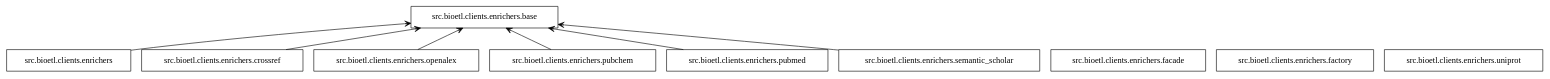
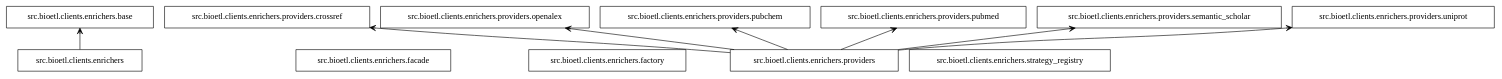
The diagram in diagrams/dot/enrichers/bioetl_clients_enrichers.packages.clean.dot (SatoryKono/bioactivity_data_acquisition), drawn with Graphviz before and after one commit. The commit also changed 96 other files, not shown here.

```diff
--- a/diagrams/dot/enrichers/bioetl_clients_enrichers.packages.clean.dot
+++ b/diagrams/dot/enrichers/bioetl_clients_enrichers.packages.clean.dot
@@ -1,20 +1,23 @@
 digraph "packages_bioetl_clients_enrichers" {
 rankdir=BT
 charset="utf-8"
 "src.bioetl.clients.enrichers" [color="black", label=<src.bioetl.clients.enrichers>, shape="box", style="solid"];
 "src.bioetl.clients.enrichers.base" [color="black", label=<src.bioetl.clients.enrichers.base>, shape="box", style="solid"];
-"src.bioetl.clients.enrichers.crossref" [color="black", label=<src.bioetl.clients.enrichers.crossref>, shape="box", style="solid"];
 "src.bioetl.clients.enrichers.facade" [color="black", label=<src.bioetl.clients.enrichers.facade>, shape="box", style="solid"];
 "src.bioetl.clients.enrichers.factory" [color="black", label=<src.bioetl.clients.enrichers.factory>, shape="box", style="solid"];
-"src.bioetl.clients.enrichers.openalex" [color="black", label=<src.bioetl.clients.enrichers.openalex>, shape="box", style="solid"];
-"src.bioetl.clients.enrichers.pubchem" [color="black", label=<src.bioetl.clients.enrichers.pubchem>, shape="box", style="solid"];
-"src.bioetl.clients.enrichers.pubmed" [color="black", label=<src.bioetl.clients.enrichers.pubmed>, shape="box", style="solid"];
-"src.bioetl.clients.enrichers.semantic_scholar" [color="black", label=<src.bioetl.clients.enrichers.semantic_scholar>, shape="box", style="solid"];
-"src.bioetl.clients.enrichers.uniprot" [color="black", label=<src.bioetl.clients.enrichers.uniprot>, shape="box", style="solid"];
+"src.bioetl.clients.enrichers.providers" [color="black", label=<src.bioetl.clients.enrichers.providers>, shape="box", style="solid"];
+"src.bioetl.clients.enrichers.providers.crossref" [color="black", label=<src.bioetl.clients.enrichers.providers.crossref>, shape="box", style="solid"];
+"src.bioetl.clients.enrichers.providers.openalex" [color="black", label=<src.bioetl.clients.enrichers.providers.openalex>, shape="box", style="solid"];
+"src.bioetl.clients.enrichers.providers.pubchem" [color="black", label=<src.bioetl.clients.enrichers.providers.pubchem>, shape="box", style="solid"];
+"src.bioetl.clients.enrichers.providers.pubmed" [color="black", label=<src.bioetl.clients.enrichers.providers.pubmed>, shape="box", style="solid"];
+"src.bioetl.clients.enrichers.providers.semantic_scholar" [color="black", label=<src.bioetl.clients.enrichers.providers.semantic_scholar>, shape="box", style="solid"];
+"src.bioetl.clients.enrichers.providers.uniprot" [color="black", label=<src.bioetl.clients.enrichers.providers.uniprot>, shape="box", style="solid"];
+"src.bioetl.clients.enrichers.strategy_registry" [color="black", label=<src.bioetl.clients.enrichers.strategy_registry>, shape="box", style="solid"];
 "src.bioetl.clients.enrichers" -> "src.bioetl.clients.enrichers.base" [arrowhead="open", arrowtail="none"];
-"src.bioetl.clients.enrichers.crossref" -> "src.bioetl.clients.enrichers.base" [arrowhead="open", arrowtail="none"];
-"src.bioetl.clients.enrichers.openalex" -> "src.bioetl.clients.enrichers.base" [arrowhead="open", arrowtail="none"];
-"src.bioetl.clients.enrichers.pubchem" -> "src.bioetl.clients.enrichers.base" [arrowhead="open", arrowtail="none"];
-"src.bioetl.clients.enrichers.pubmed" -> "src.bioetl.clients.enrichers.base" [arrowhead="open", arrowtail="none"];
-"src.bioetl.clients.enrichers.semantic_scholar" -> "src.bioetl.clients.enrichers.base" [arrowhead="open", arrowtail="none"];
+"src.bioetl.clients.enrichers.providers" -> "src.bioetl.clients.enrichers.providers.crossref" [arrowhead="open", arrowtail="none"];
+"src.bioetl.clients.enrichers.providers" -> "src.bioetl.clients.enrichers.providers.openalex" [arrowhead="open", arrowtail="none"];
+"src.bioetl.clients.enrichers.providers" -> "src.bioetl.clients.enrichers.providers.pubchem" [arrowhead="open", arrowtail="none"];
+"src.bioetl.clients.enrichers.providers" -> "src.bioetl.clients.enrichers.providers.pubmed" [arrowhead="open", arrowtail="none"];
+"src.bioetl.clients.enrichers.providers" -> "src.bioetl.clients.enrichers.providers.semantic_scholar" [arrowhead="open", arrowtail="none"];
+"src.bioetl.clients.enrichers.providers" -> "src.bioetl.clients.enrichers.providers.uniprot" [arrowhead="open", arrowtail="none"];
 }
```
